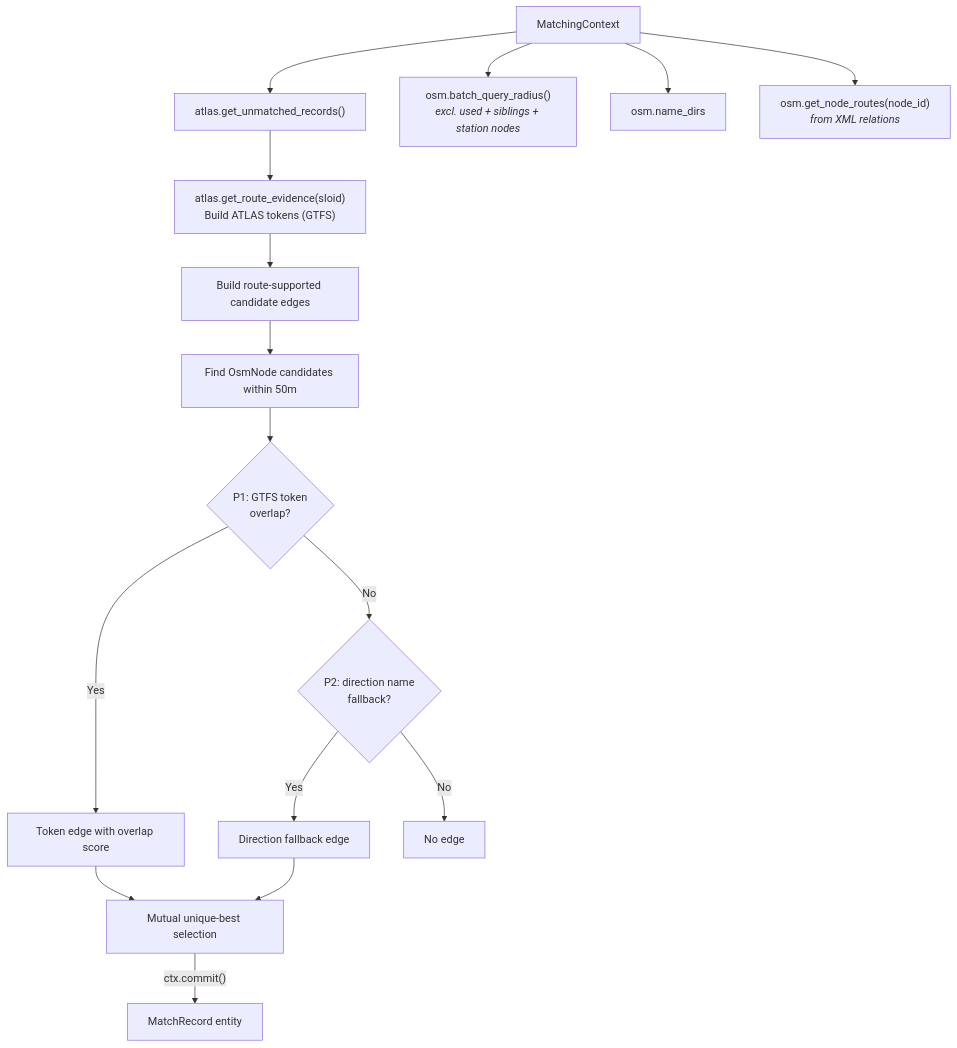
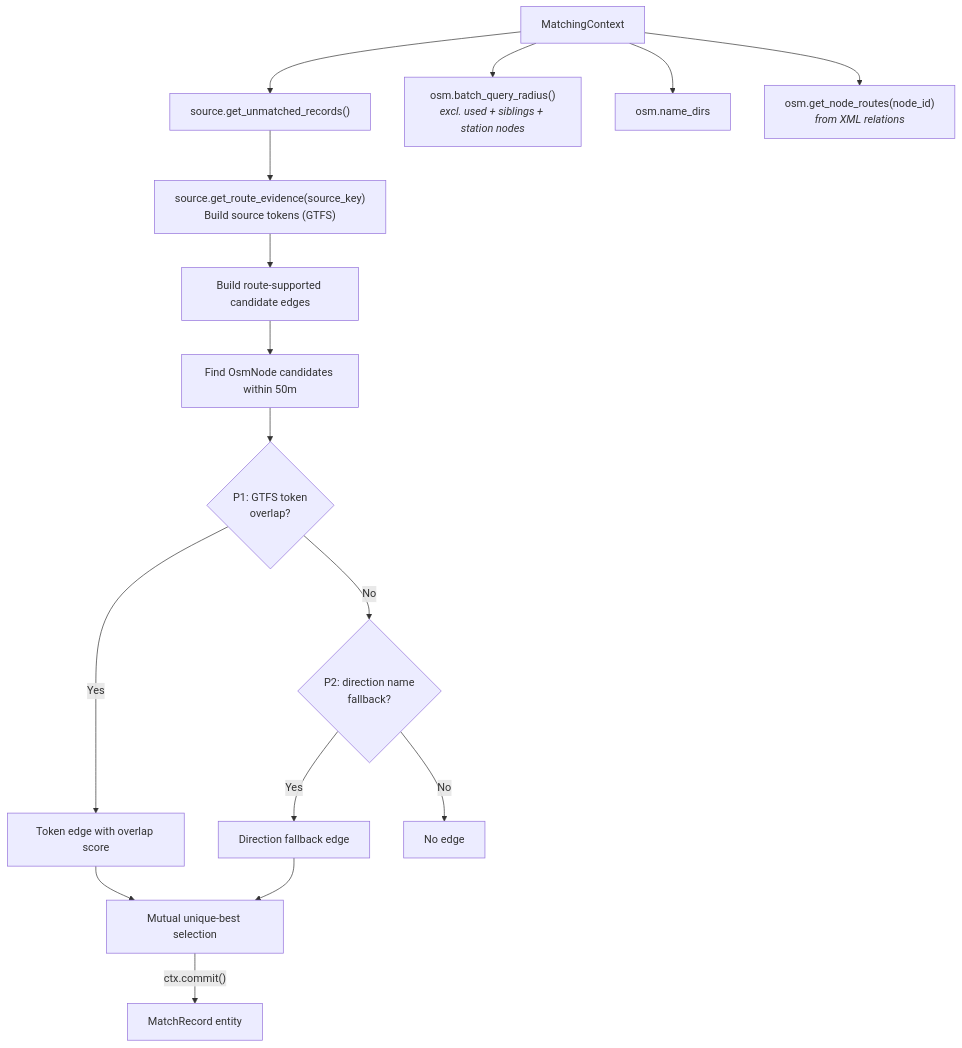
Before and after one commit to openTdataCH/stop_sync_osm_atlas: the diagram in documentation/2.3 Stop-stop matching using routes.md, drawn with Mermaid. The commit also changed other lines of this file and 261 other files, not shown here.

````diff
--- a/documentation/2.3 Stop-stop matching using routes.md
+++ b/documentation/2.3 Stop-stop matching using routes.md
@@ -5,19 +5,19 @@
 ```mermaid
 flowchart TB
-    CTX["MatchingContext"] --> UA["atlas.get_unmatched_records()"]
+    CTX["MatchingContext"] --> UA["source.get_unmatched_records()"]
     CTX --> OSM["osm.batch_query_radius()<br/><i>excl. used + siblings + station nodes</i>"]
     CTX --> DIRS["osm.name_dirs"]
     CTX --> NR["osm.get_node_routes(node_id)<br/><i>from XML relations</i>"]
 
-    UA --> T["atlas.get_route_evidence(sloid)<br/>Build ATLAS tokens (GTFS)"]
+    UA --> T["source.get_route_evidence(source_key)<br/>Build source tokens (GTFS)"]
     T --> LOOP["Build route-supported candidate edges"]
     LOOP --> C["Find OsmNode candidates within 50m"]
     C --> P1{"P1: GTFS token<br/>overlap?"}
     P1 -->|Yes| E1["Token edge with overlap score"]
     P1 -->|No| P2{"P2: direction name<br/>fallback?"}
     P2 -->|Yes| E2["Direction fallback edge"]
     P2 -->|No| X["No edge"]
     E1 --> S["Mutual unique-best selection"]
     E2 --> S
     S -->|"ctx.commit()"| OUT["MatchRecord entity"]
 ```
````
